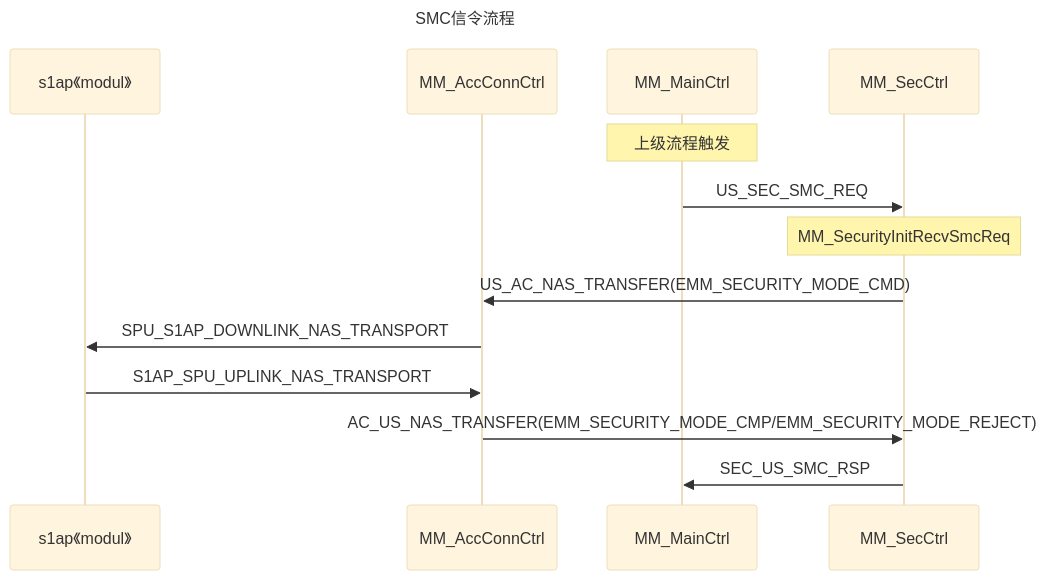
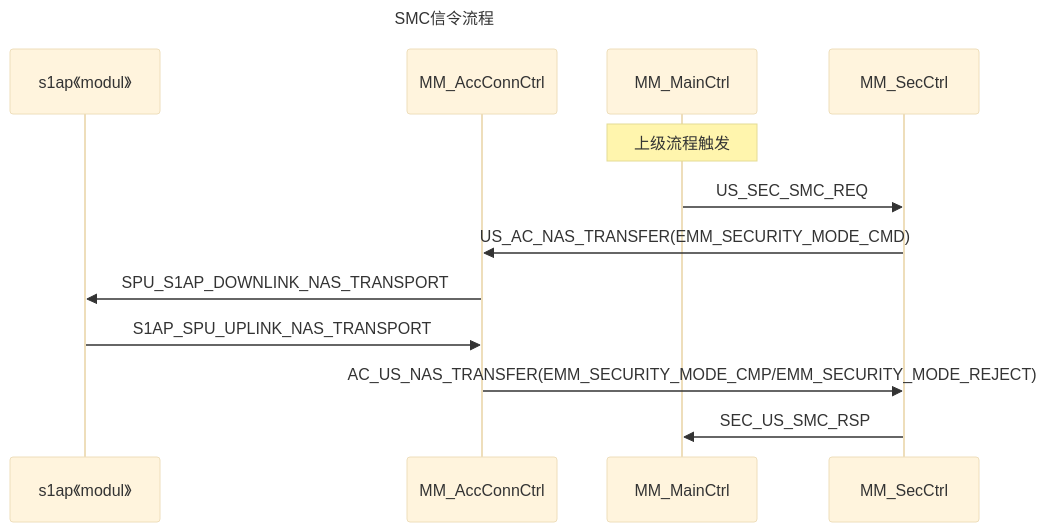
The second of 5 diagrams in 4G/SMC与CHECK EMEI.md (liao20081228/blog), drawn with Mermaid (base theme) before and after one commit. The commit also changed other lines of this file, not shown here.

````diff
--- a/4G/SMC与CHECK EMEI.md
+++ b/4G/SMC与CHECK EMEI.md
@@ -68,19 +68,18 @@
 ```mermaid!
 sequenceDiagram
 
 title: SMC信令流程
 participant s1 as s1ap《modul》
 participant A as MM_AccConnCtrl
 participant M as MM_MainCtrl
 participant S as MM_SecCtrl
 
 note over  M: 上级流程触发
 
 M->>S:US_SEC_SMC_REQ
-note over S:MM_SecurityInitRecvSmcReq
 S->>A:US_AC_NAS_TRANSFER(EMM_SECURITY_MODE_CMD)
 A->>s1:SPU_S1AP_DOWNLINK_NAS_TRANSPORT
 s1->>A:S1AP_SPU_UPLINK_NAS_TRANSPORT
 A->>S:AC_US_NAS_TRANSFER(EMM_SECURITY_MODE_CMP/EMM_SECURITY_MODE_REJECT)
 S->>M:SEC_US_SMC_RSP
 ```
````
